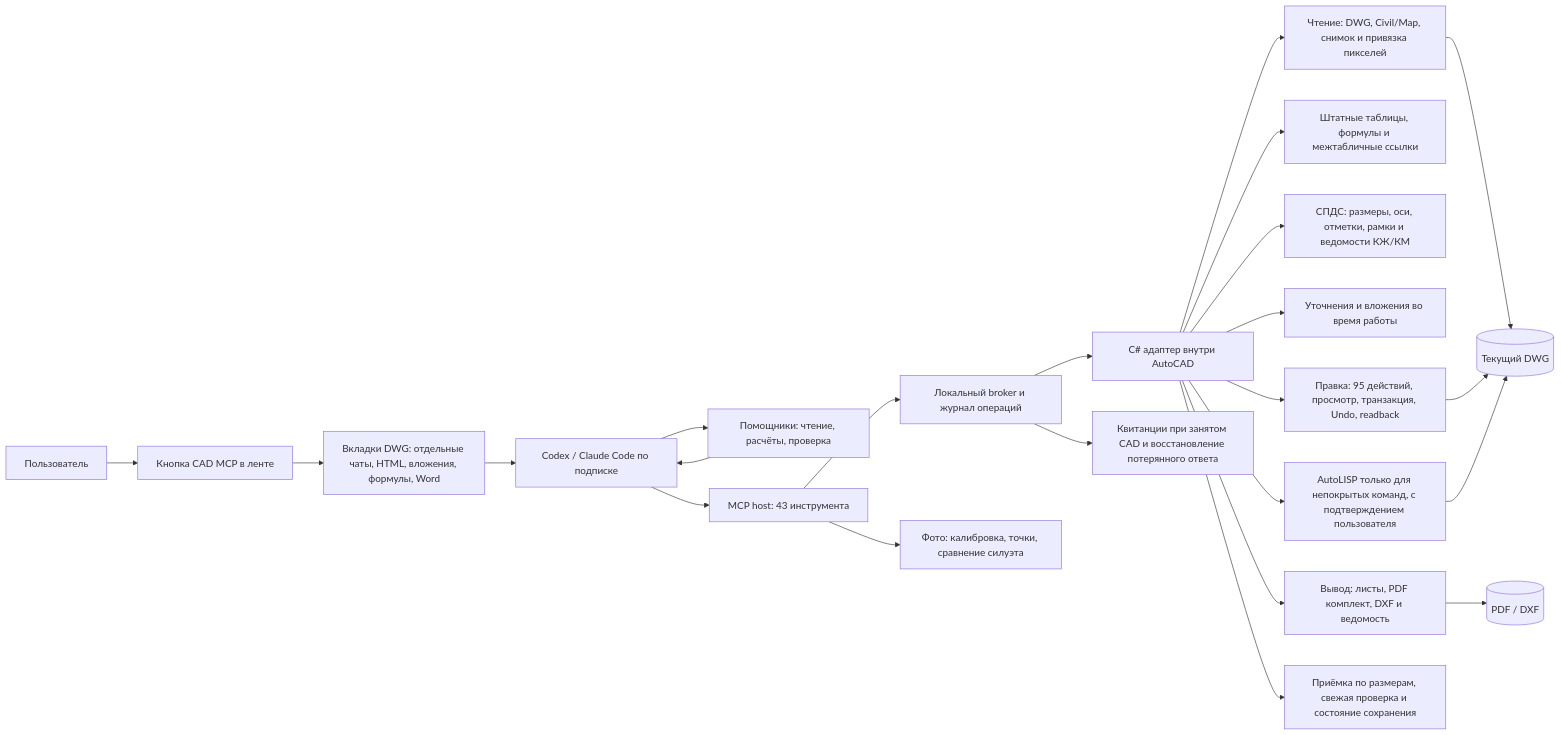
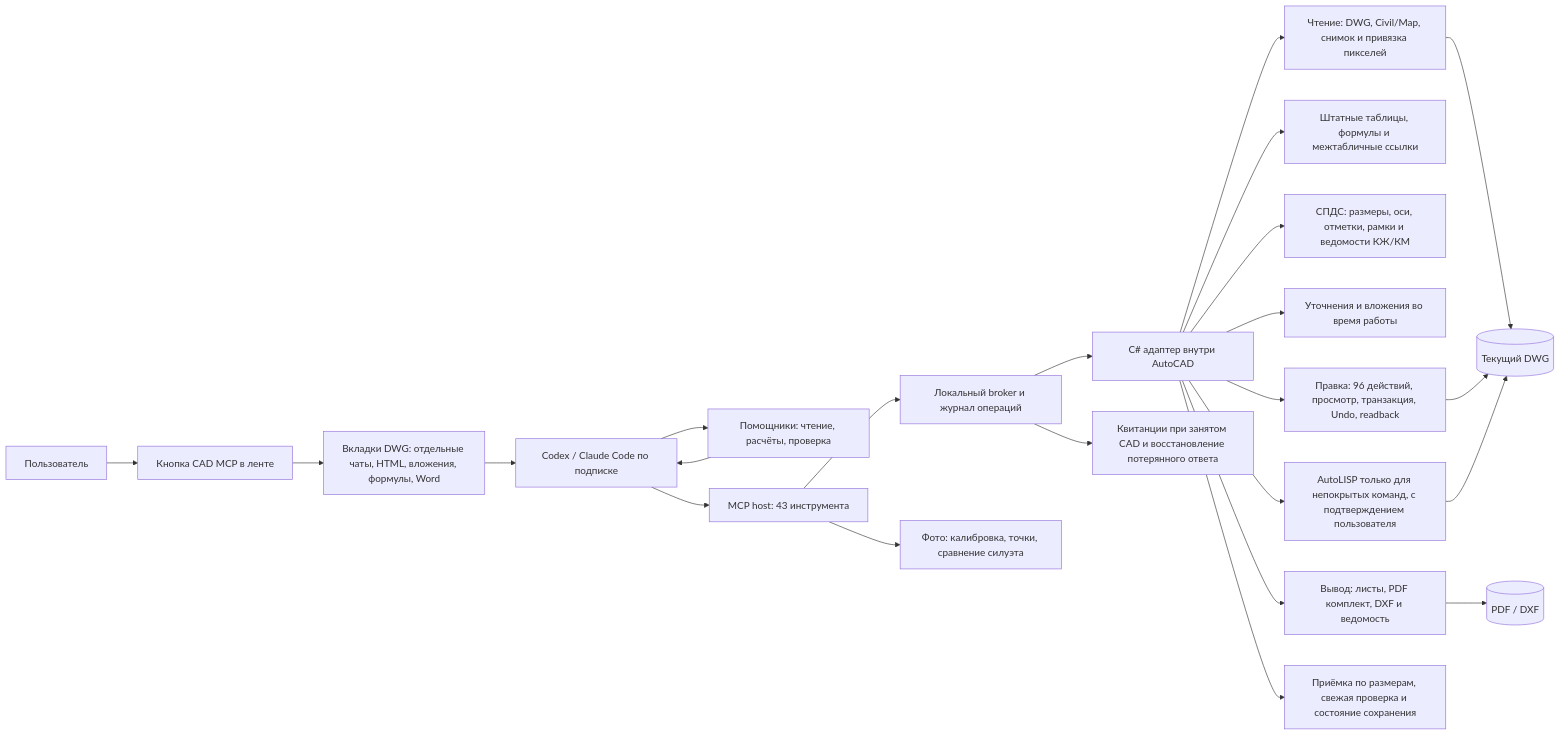
Before and after one commit to debug23win/autocad-mcp: the diagram in docs/capabilities.md, drawn with Mermaid. The commit also changed 9 other files, not shown here.

````diff
--- a/docs/capabilities.md
+++ b/docs/capabilities.md
@@ -3,25 +3,25 @@
 ```mermaid
 flowchart LR
     U[Пользователь] --> R[Кнопка CAD MCP в ленте]
     R --> C[Вкладки DWG: отдельные чаты, HTML, вложения, формулы, Word]
     C --> P[Codex / Claude Code по подписке]
     P --> H[Помощники: чтение, расчёты, проверка]
     H --> P
     P --> M[MCP host: 43 инструмента]
     M --> B[Локальный broker и журнал операций]
     B --> A[C# адаптер внутри AutoCAD]
     A --> Q[Чтение: DWG, Civil/Map, снимок и привязка пикселей]
     A --> T[Штатные таблицы, формулы и межтабличные ссылки]
     A --> G[СПДС: размеры, оси, отметки, рамки и ведомости КЖ/КМ]
     A --> S[Уточнения и вложения во время работы]
-    A --> E[Правка: 95 действий, просмотр, транзакция, Undo, readback]
+    A --> E[Правка: 96 действий, просмотр, транзакция, Undo, readback]
     A --> X[Вывод: листы, PDF комплект, DXF и ведомость]
     A --> F[AutoLISP только для непокрытых команд, с подтверждением пользователя]
     M --> V[Фото: калибровка, точки, сравнение силуэта]
     A --> K[Приёмка по размерам, свежая проверка и состояние сохранения]
     B --> J[Квитанции при занятом CAD и восстановление потерянного ответа]
     Q --> D[(Текущий DWG)]
     E --> D
     X --> O[(PDF / DXF)]
     F --> D
 ```
````
